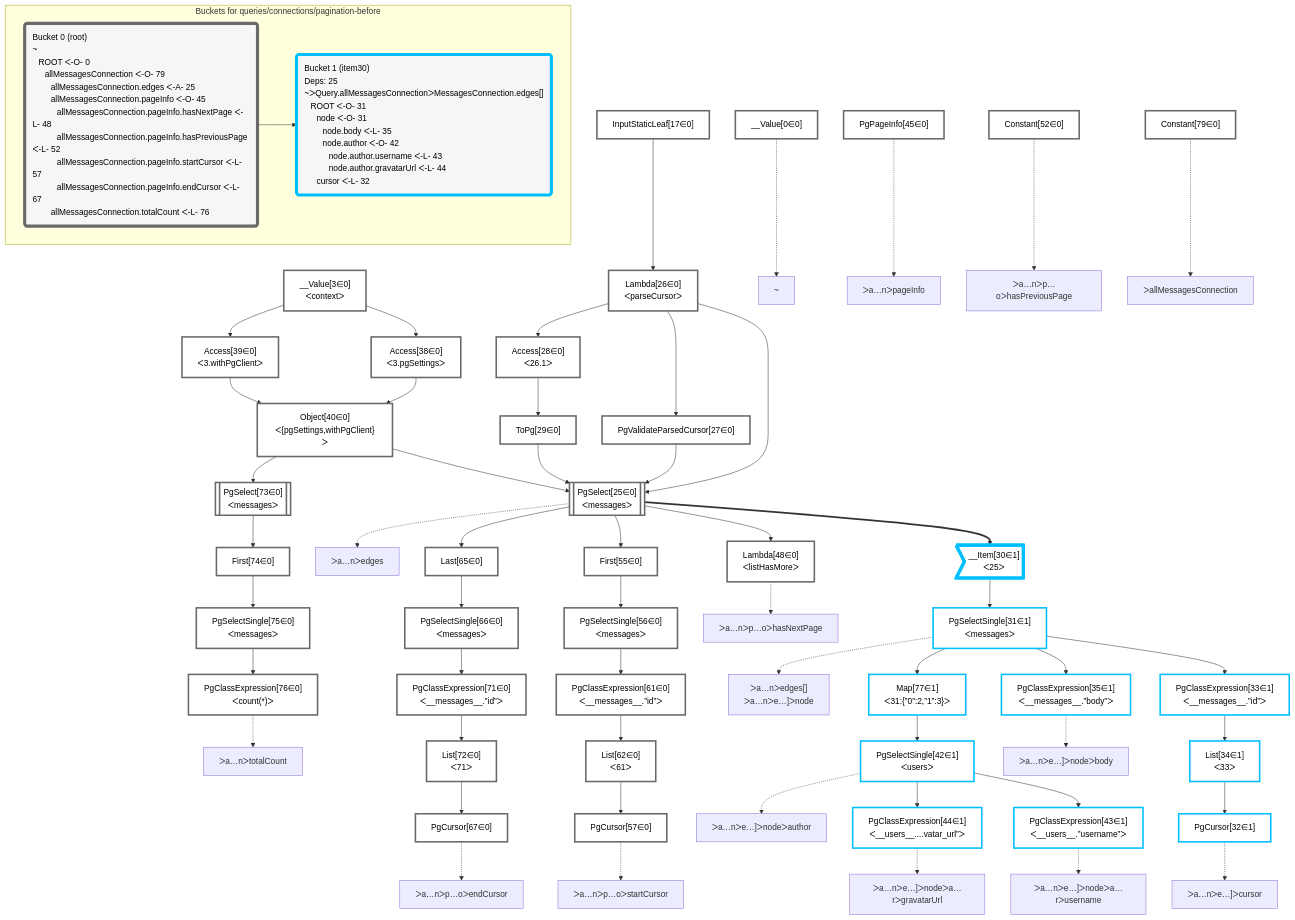
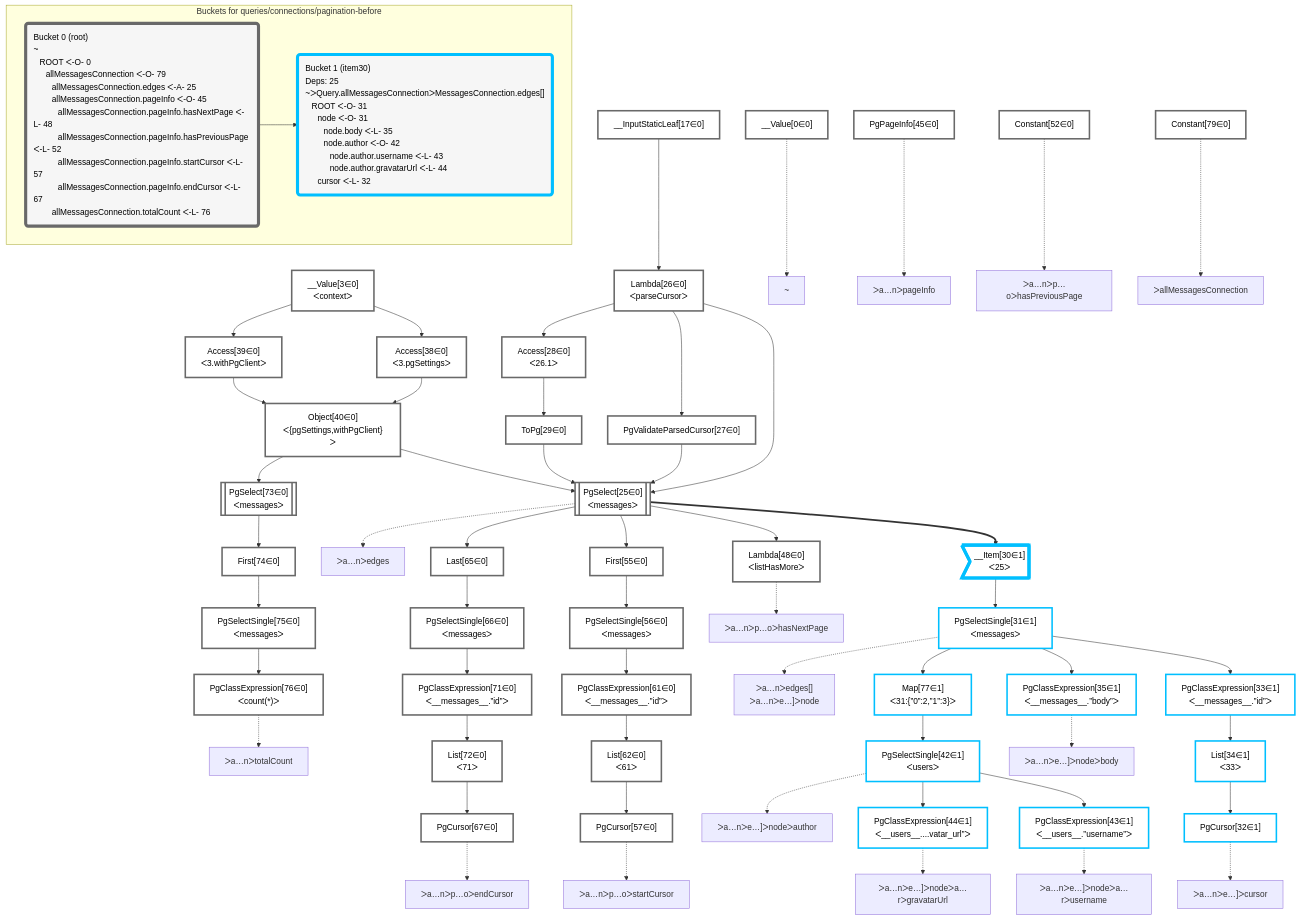
The diagram in packages/dataplan-pg/__tests__/queries/connections/pagination-before.mermaid.md (graphile/crystal), drawn with Mermaid before and after one commit. The commit also changed 79 other files, not shown here.

```diff
--- a/packages/dataplan-pg/__tests__/queries/connections/pagination-before.mermaid.md
+++ b/packages/dataplan-pg/__tests__/queries/connections/pagination-before.mermaid.md
@@ -43,7 +43,7 @@
     ToPg29["ToPg[29∈0]"]:::plan
     Access28["Access[28∈0]<br />ᐸ26.1ᐳ"]:::plan
     Lambda26["Lambda[26∈0]<br />ᐸparseCursorᐳ"]:::plan
-    InputStaticLeaf17["InputStaticLeaf[17∈0]"]:::plan
+    __InputStaticLeaf17["__InputStaticLeaf[17∈0]"]:::plan
     Constant79["Constant[79∈0]"]:::plan
     PgPageInfo45["PgPageInfo[45∈0]"]:::plan
     Constant52["Constant[52∈0]"]:::plan
@@ -81,7 +81,7 @@
     Lambda26 --> PgValidateParsedCursor27
     Access28 --> ToPg29
     Lambda26 --> Access28
-    InputStaticLeaf17 --> Lambda26
+    __InputStaticLeaf17 --> Lambda26
 
     %% plan-to-path relationships
     P0["~"]
@@ -118,7 +118,7 @@
     subgraph "Buckets for queries/connections/pagination-before"
     Bucket0("Bucket 0 (root)<br />~<br />⠀ROOT ᐸ-O- 0<br />⠀⠀allMessagesConnection ᐸ-O- 79<br />⠀⠀⠀allMessagesConnection.edges ᐸ-A- 25<br />⠀⠀⠀allMessagesConnection.pageInfo ᐸ-O- 45<br />⠀⠀⠀⠀allMessagesConnection.pageInfo.hasNextPage ᐸ-L- 48<br />⠀⠀⠀⠀allMessagesConnection.pageInfo.hasPreviousPage ᐸ-L- 52<br />⠀⠀⠀⠀allMessagesConnection.pageInfo.startCursor ᐸ-L- 57<br />⠀⠀⠀⠀allMessagesConnection.pageInfo.endCursor ᐸ-L- 67<br />⠀⠀⠀allMessagesConnection.totalCount ᐸ-L- 76"):::bucket
     classDef bucket0 stroke:#696969
-    class Bucket0,__Value0,__Value3,InputStaticLeaf17,PgSelect25,Lambda26,PgValidateParsedCursor27,Access28,ToPg29,Access38,Access39,Object40,PgPageInfo45,Lambda48,Constant52,First55,PgSelectSingle56,PgCursor57,PgClassExpression61,List62,Last65,PgSelectSingle66,PgCursor67,PgClassExpression71,List72,PgSelect73,First74,PgSelectSingle75,PgClassExpression76,Constant79 bucket0
+    class Bucket0,__Value0,__Value3,__InputStaticLeaf17,PgSelect25,Lambda26,PgValidateParsedCursor27,Access28,ToPg29,Access38,Access39,Object40,PgPageInfo45,Lambda48,Constant52,First55,PgSelectSingle56,PgCursor57,PgClassExpression61,List62,Last65,PgSelectSingle66,PgCursor67,PgClassExpression71,List72,PgSelect73,First74,PgSelectSingle75,PgClassExpression76,Constant79 bucket0
     Bucket1("Bucket 1 (item30)<br />Deps: 25<br />~ᐳQuery.allMessagesConnectionᐳMessagesConnection.edges[]<br />⠀ROOT ᐸ-O- 31<br />⠀⠀node ᐸ-O- 31<br />⠀⠀⠀node.body ᐸ-L- 35<br />⠀⠀⠀node.author ᐸ-O- 42<br />⠀⠀⠀⠀node.author.username ᐸ-L- 43<br />⠀⠀⠀⠀node.author.gravatarUrl ᐸ-L- 44<br />⠀⠀cursor ᐸ-L- 32"):::bucket
     classDef bucket1 stroke:#00bfff
     class Bucket1,__Item30,PgSelectSingle31,PgCursor32,PgClassExpression33,List34,PgClassExpression35,PgSelectSingle42,PgClassExpression43,PgClassExpression44,Map77 bucket1
```
